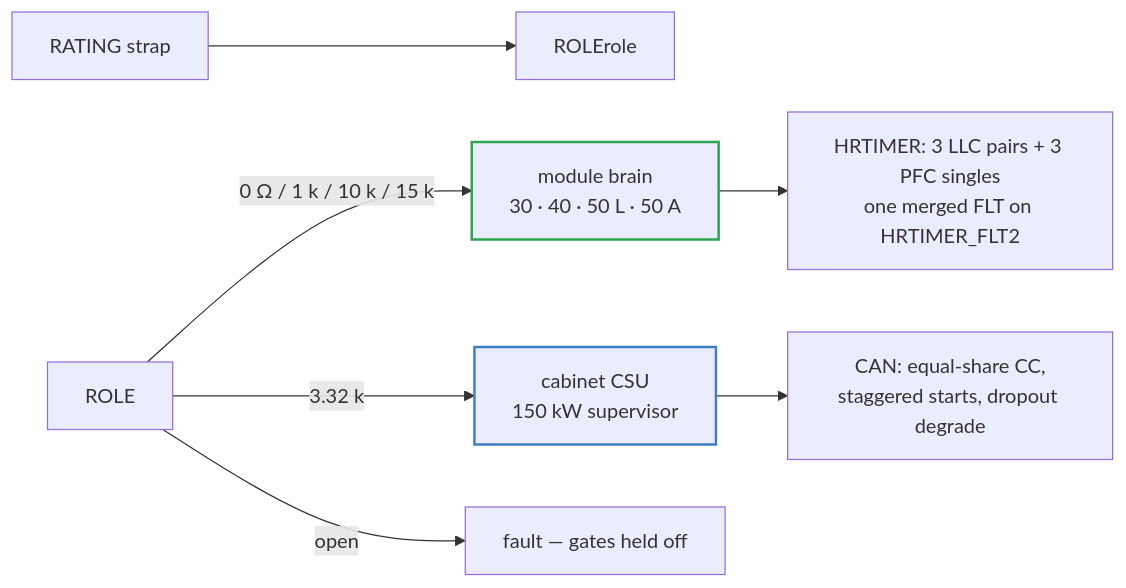
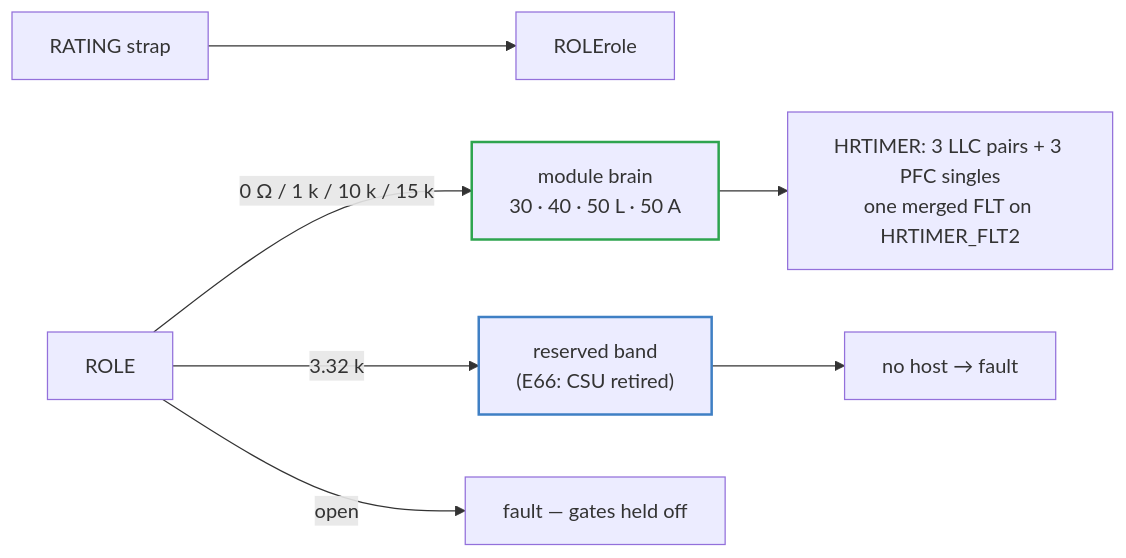
The second of 2 diagrams in docs/control-card-scope.md (vectivolt/DC-Modules), drawn with Mermaid before and after one commit. The commit also changed other lines of this file and 101 other files, not shown here.

````diff
--- a/docs/control-card-scope.md
+++ b/docs/control-card-scope.md
@@ -48,11 +48,11 @@
 ```mermaid
 flowchart LR
   STRAP["RATING strap"] --> ROLErole
   ROLE -- "0 Ω / 1 k / 10 k / 15 k" --> MOD["module brain<br/>30 · 40 · 50 L · 50 A"]
-  ROLE -- "3.32 k" --> CSU["cabinet CSU<br/>150 kW supervisor"]
+  ROLE -- "3.32 k" --> CSU["reserved band<br/>(E66: CSU retired)"]
   ROLE -- "open" --> FAULT["fault — gates held off"]
   MOD --> HR["HRTIMER: 3 LLC pairs + 3 PFC singles<br/>one merged FLT on HRTIMER_FLT2"]
-  CSU --> CAN["CAN: equal-share CC,<br/>staggered starts, dropout degrade"]
+  CSU --> CAN["no host → fault"]
   style MOD stroke:#2ea44f,stroke-width:2px
   style CSU stroke:#3f7fc4,stroke-width:2px
 ```
````
